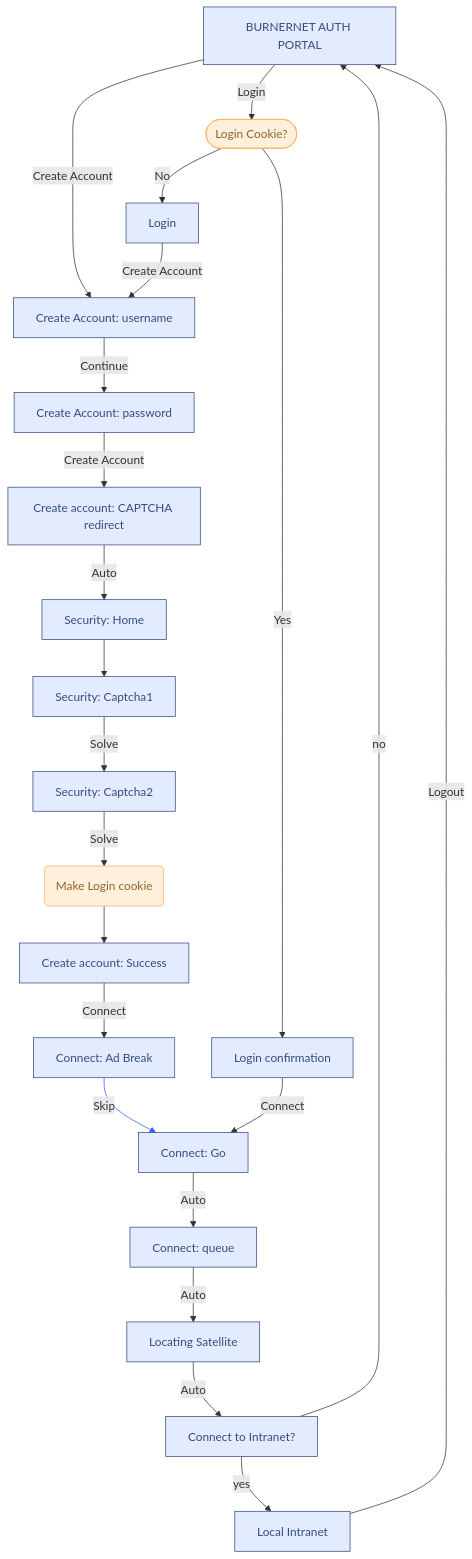
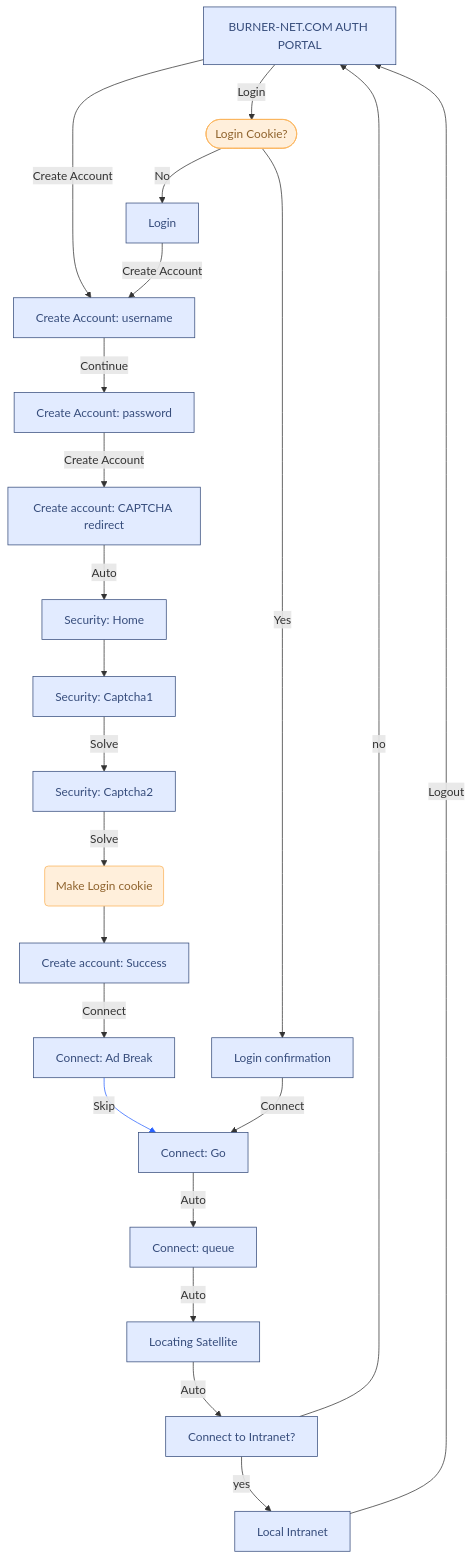
The diagram in sitemap.md (hollow-ping/fake-wifi-repo), drawn with Mermaid before and after one commit. The commit also changed 23 other files, not shown here.

First line of the commit message:
Rename WiFi SSID from BURNERNET to BURNER-NET.COM

````diff
--- a/sitemap.md
+++ b/sitemap.md
@@ -1,78 +1,78 @@
 ```mermaid
 ---
 config:
   layout: dagre
 ---
 flowchart TB
-    n1["BURNERNET AUTH PORTAL"] -- Create Account --> n2["Create Account: username"]
+    n1["BURNER-NET.COM AUTH PORTAL"] -- Create Account --> n2["Create Account: username"]
     n1 -- Login --> n3(["Login Cookie?"])
     n3 -- No --> n4["Login"]
     n3 -- Yes --> n5["Login confirmation"]
     n2 -- Continue --> n6["Create Account: password"]
     n4 -- Create Account --> n2
     n6 -- Create Account --> n7["Create account: CAPTCHA redirect"]
     n8["Security: Captcha1"] -- Solve --> n9["Security: Captcha2"]
     n10["Create account: Success"] -- Connect --> n11["Connect: Ad Break"]
     n11 -- Skip --> n17["Connect: Go"]
     n5 -- Connect --> n17
     n23["Connect to Intranet?"] -- yes --> n24["Local Intranet"]
     n23 -- no --> n1
     n9 -- Solve --> n25["Make Login cookie"]
     n25 --> n10
     n7 -- Auto --> n26["Security: Home"]
     n26 --> n8
     n17 -- Auto --> n27["Connect: queue"]
     n27 -- Auto --> n18["Locating Satellite"]
     n18 -- Auto --> n23
     n24 -- Logout --> n1
 
     n1@{ shape: rect}
     n2@{ shape: rect}
     n4@{ shape: rect}
     n5@{ shape: rect}
     n6@{ shape: rect}
     n7@{ shape: rect}
     n8@{ shape: rect}
     n9@{ shape: rect}
     n10@{ shape: rect}
     n11@{ shape: rect}
     n25@{ shape: rounded}
      n1:::Sky
      n2:::Sky
      n3:::Peach
      n4:::Sky
      n5:::Sky
      n6:::Sky
      n7:::Sky
      n8:::Sky
      n9:::Sky
      n10:::Sky
      n11:::Sky
      n17:::Sky
      n23:::Sky
      n24:::Sky
      n25:::Peach
      n26:::Sky
      n27:::Sky
      n18:::Sky
     classDef Rose stroke-width:1px, stroke-dasharray:none, stroke:#FF5978, fill:#FFDFE5, color:#8E2236
     classDef Peach stroke-width:1px, stroke-dasharray:none, stroke:#FBB35A, fill:#FFEFDB, color:#8F632D
     classDef Sky stroke-width:1px, stroke-dasharray:none, stroke:#374D7C, fill:#E2EBFF, color:#374D7C
     click n1 "/index.html"
     click n2 "/create-account/start.html"
     click n4 "/login.html"
     click n5 "/login-success.html"
     click n6 "/create-account/set-password.html"
     click n7 "/create-account/error.html"
     click n8 "/verify/captcha_xr5u.html"
     click n9 "/verify/captcha_y2qu.html"
     click n10 "/create-account/success.html"
     click n11 "/connect/ad-break.html"
     click n17 "/connect/go.html"
     click n23 "/connect/error666.html"
     click n24 "/intranet/home.html"
     click n26 "/verify/home.html"
     click n27 "/connect/queue.html"
     click n18 "/connect/geolocate.html"
     linkStyle 9 stroke:#2962FF,fill:none
 ```
````
